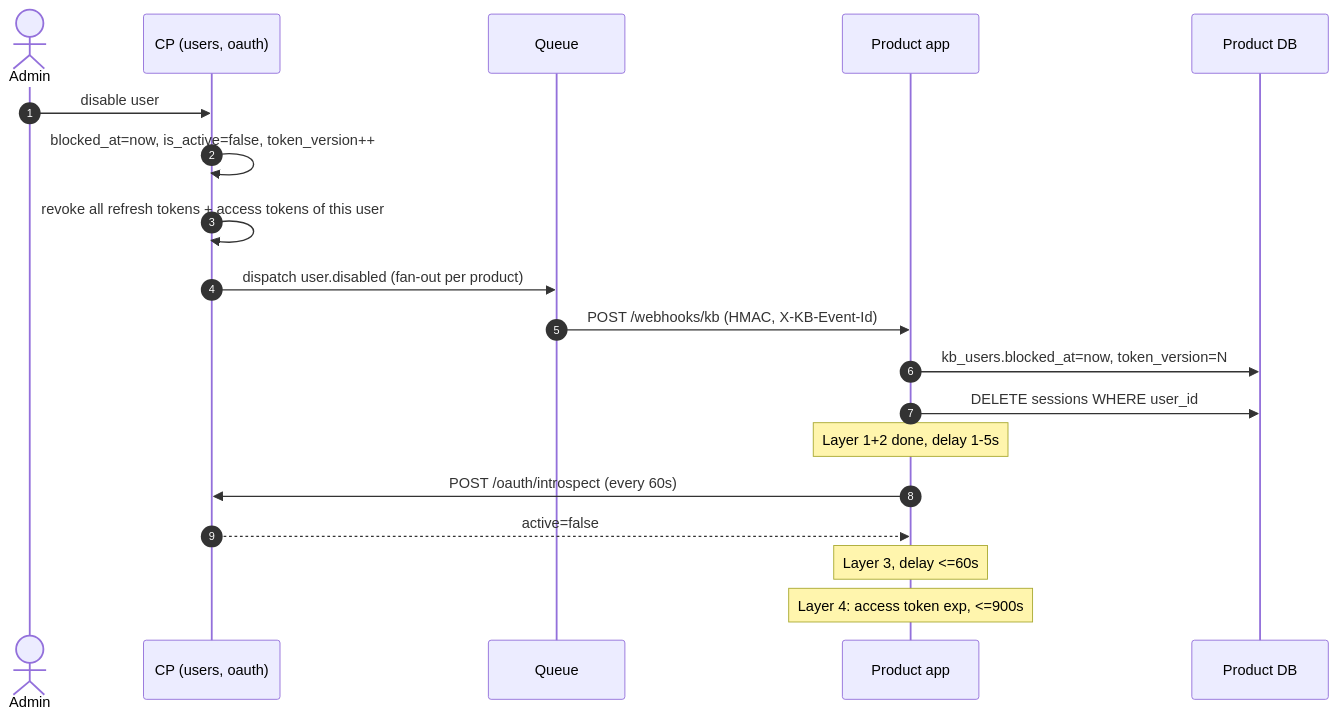
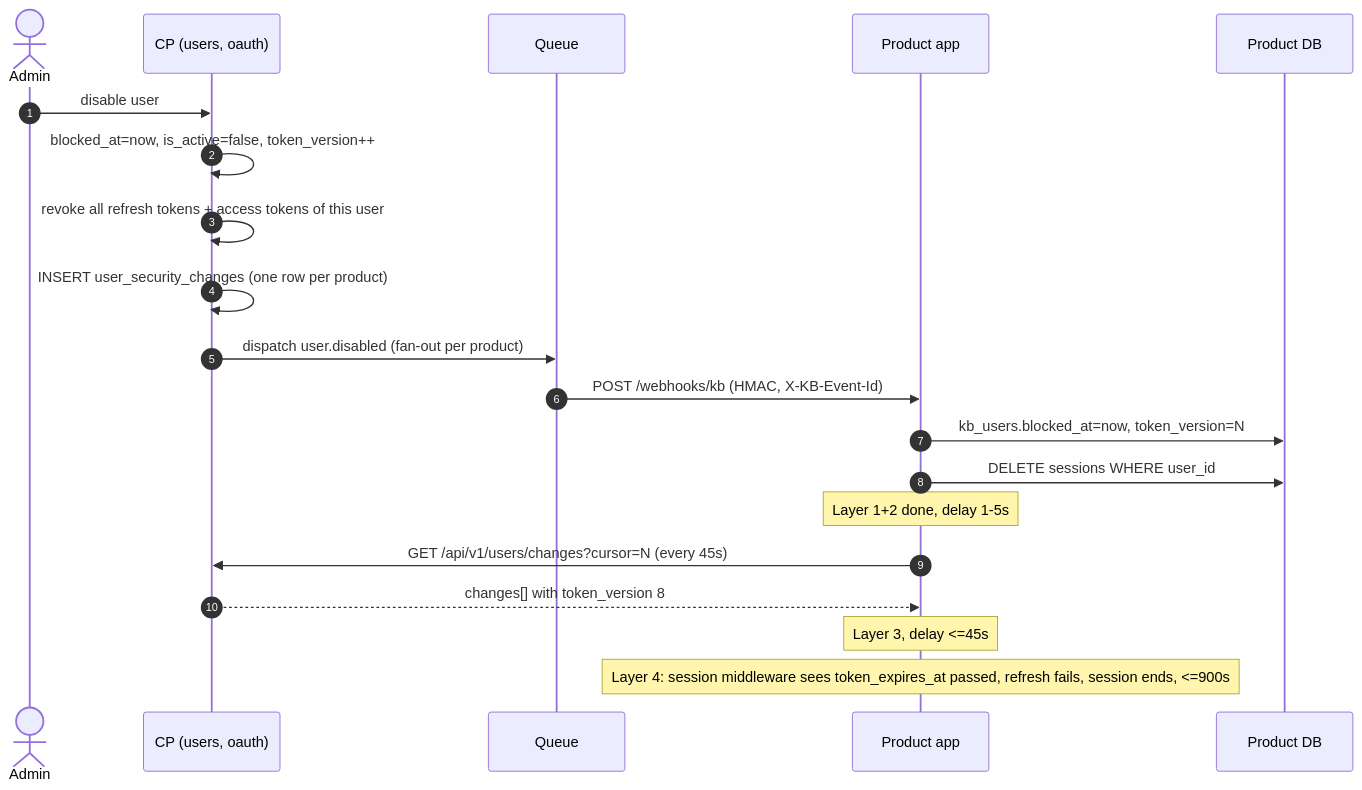
The second of 2 diagrams in docs/platform/05-IDENTITY-HUB-SPEC.md (khattakbits/saas-starter), drawn with Mermaid before and after one commit. The commit also changed other lines of this file, not shown here.

````diff
--- a/docs/platform/05-IDENTITY-HUB-SPEC.md
+++ b/docs/platform/05-IDENTITY-HUB-SPEC.md
@@ -854,22 +1090,23 @@
 ```mermaid
 sequenceDiagram
     autonumber
     actor A as Admin
     participant CP as CP (users, oauth)
     participant Q as Queue
     participant P as Product app
     participant PDB as Product DB
 
     A->>CP: disable user
     CP->>CP: blocked_at=now, is_active=false, token_version++
     CP->>CP: revoke all refresh tokens + access tokens of this user
+    CP->>CP: INSERT user_security_changes (one row per product)
     CP->>Q: dispatch user.disabled (fan-out per product)
     Q->>P: POST /webhooks/kb (HMAC, X-KB-Event-Id)
     P->>PDB: kb_users.blocked_at=now, token_version=N
     P->>PDB: DELETE sessions WHERE user_id
     Note over P: Layer 1+2 done, delay 1-5s
-    P->>CP: POST /oauth/introspect (every 60s)
-    CP-->>P: active=false
-    Note over P: Layer 3, delay <=60s
-    Note over P: Layer 4: access token exp, <=900s
+    P->>CP: GET /api/v1/users/changes?cursor=N (every 45s)
+    CP-->>P: changes[] with token_version 8
+    Note over P: Layer 3, delay <=45s
+    Note over P: Layer 4: session middleware sees token_expires_at passed, refresh fails, session ends, <=900s
 ```
````
